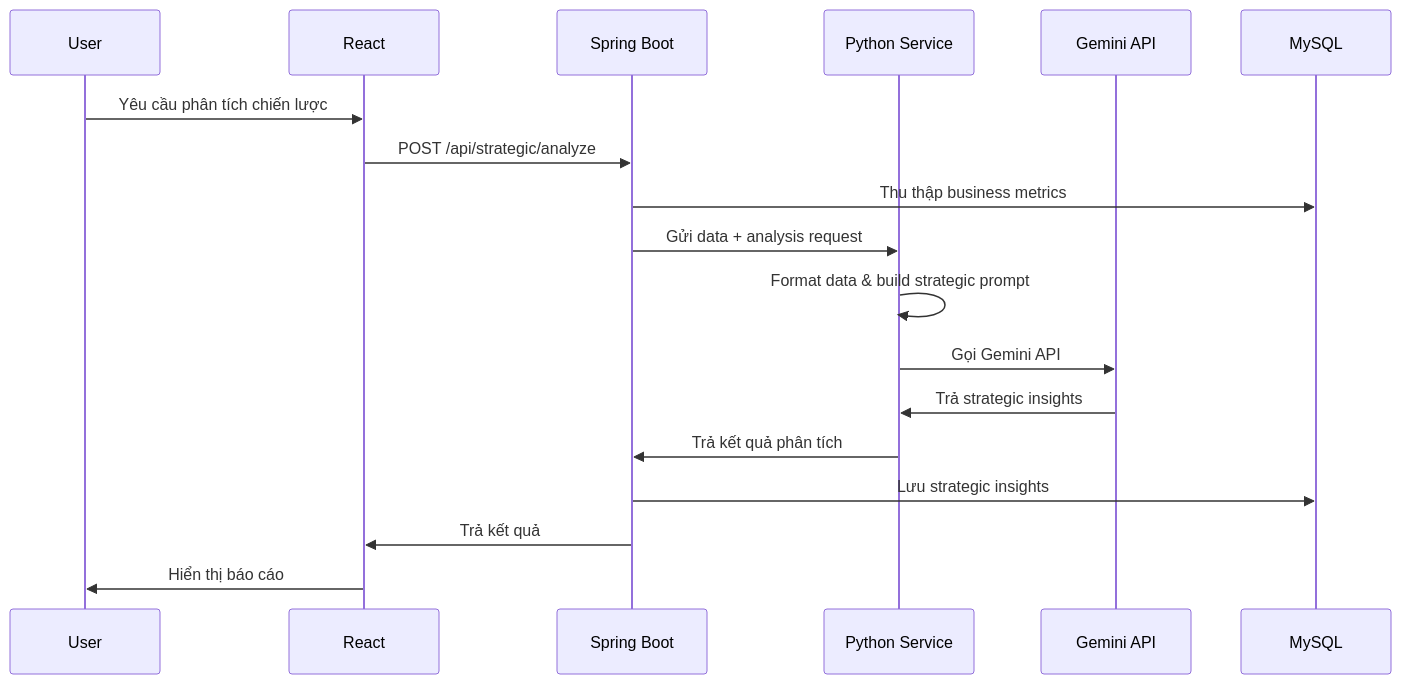
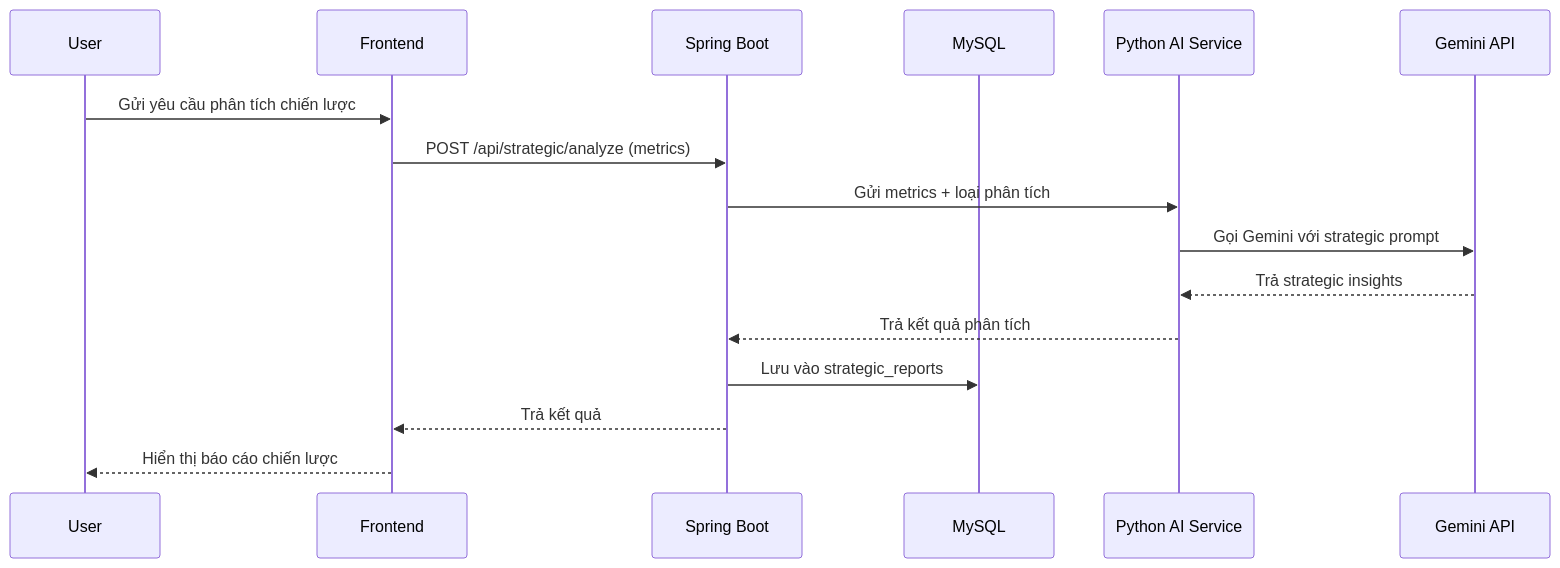
One commit to vanhoangtvu/AI-Agent-for-Business changed the third of 3 diagrams in README.md. Above: the diagram before and after it, drawn with Mermaid. The commit also changed other lines of this file and 185 other files, not shown here.

````diff
--- a/README.md
+++ b/README.md
@@ -223,21 +309,19 @@
 ```mermaid
 sequenceDiagram
     participant U as User
-    participant R as React
+    participant F as Frontend
     participant S as Spring Boot
-    participant P as Python Service
+    participant D as MySQL
+    participant P as Python AI Service
     participant G as Gemini API
-    participant D as MySQL
 
-    U->>R: Yêu cầu phân tích chiến lược
-    R->>S: POST /api/strategic/analyze
-    S->>D: Thu thập business metrics
-    S->>P: Gửi data + analysis request
-    P->>P: Format data & build strategic prompt
-    P->>G: Gọi Gemini API
-    G->>P: Trả strategic insights
-    P->>S: Trả kết quả phân tích
-    S->>D: Lưu strategic insights
-    S->>R: Trả kết quả
-    R->>U: Hiển thị báo cáo
+    U->>F: Gửi yêu cầu phân tích chiến lược
+    F->>S: POST /api/strategic/analyze (metrics)
+    S->>P: Gửi metrics + loại phân tích
+    P->>G: Gọi Gemini với strategic prompt
+    G-->>P: Trả strategic insights
+    P-->>S: Trả kết quả phân tích
+    S->>D: Lưu vào strategic_reports
+    S-->>F: Trả kết quả
+    F-->>U: Hiển thị báo cáo chiến lược
 ```
````
